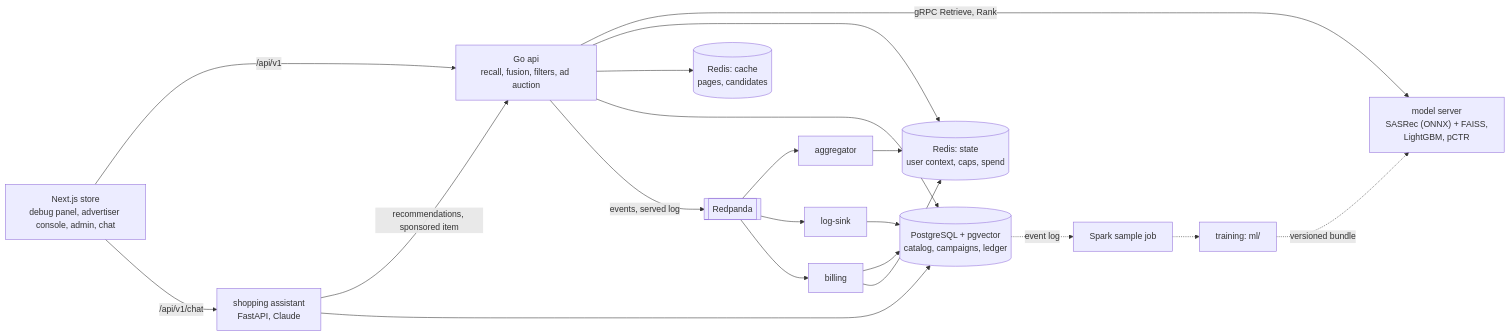
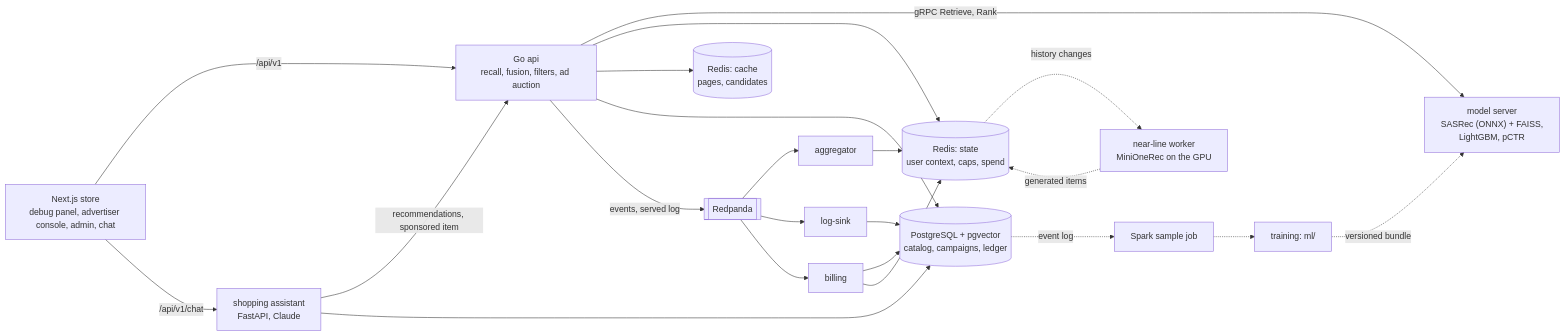
The diagram in README.md (heyemlee/recloop), drawn with Mermaid before and after one commit.

Commit message:
README: the near-line worker in the architecture diagram

````diff
--- a/README.md
+++ b/README.md
@@ -27,17 +27,18 @@
 ```mermaid
 flowchart LR
   web["Next.js store<br/>debug panel, advertiser console, admin, chat"] -->|"/api/v1"| api
   web -->|"/api/v1/chat"| agent["shopping assistant<br/>FastAPI, Claude"]
   agent -->|"recommendations, sponsored item"| api
   agent --> pg
   api["Go api<br/>recall, fusion, filters, ad auction"] -->|"gRPC Retrieve, Rank"| ms["model server<br/>SASRec (ONNX) + FAISS,<br/>LightGBM, pCTR"]
   api --> rs[("Redis: state<br/>user context, caps, spend")]
   api --> rc[("Redis: cache<br/>pages, candidates")]
   api --> pg[("PostgreSQL + pgvector<br/>catalog, campaigns, ledger")]
   api -->|"events, served log"| rp[["Redpanda"]]
   rp --> agg["aggregator"] --> rs
   rp --> sink["log-sink"] --> pg
   rp --> bill["billing"] --> pg
   bill --> rs
+  rs -.->|"history changes"| gen["near-line worker<br/>MiniOneRec on the GPU"] -.->|"generated items"| rs
   pg -.->|"event log"| spark["Spark sample job"] -.-> ml["training: ml/"] -.->|"versioned bundle"| ms
 ```
````
